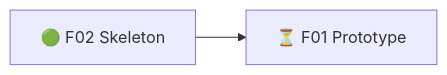
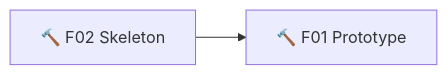
The first of 4 diagrams in .planning/ROADMAP.md (TheBlueMuzzy/Glyphtender), drawn with Mermaid before and after one commit. The commit also changed other lines of this file and 2 other files, not shown here.

````diff
--- a/.planning/ROADMAP.md
+++ b/.planning/ROADMAP.md
@@ -12,4 +12,4 @@
 ```mermaid
 flowchart LR
-  F02[🟢 F02 Skeleton] --> F01[⏳ F01 Prototype]
+  F02[🔨 F02 Skeleton] --> F01[🔨 F01 Prototype]
 ```
````
